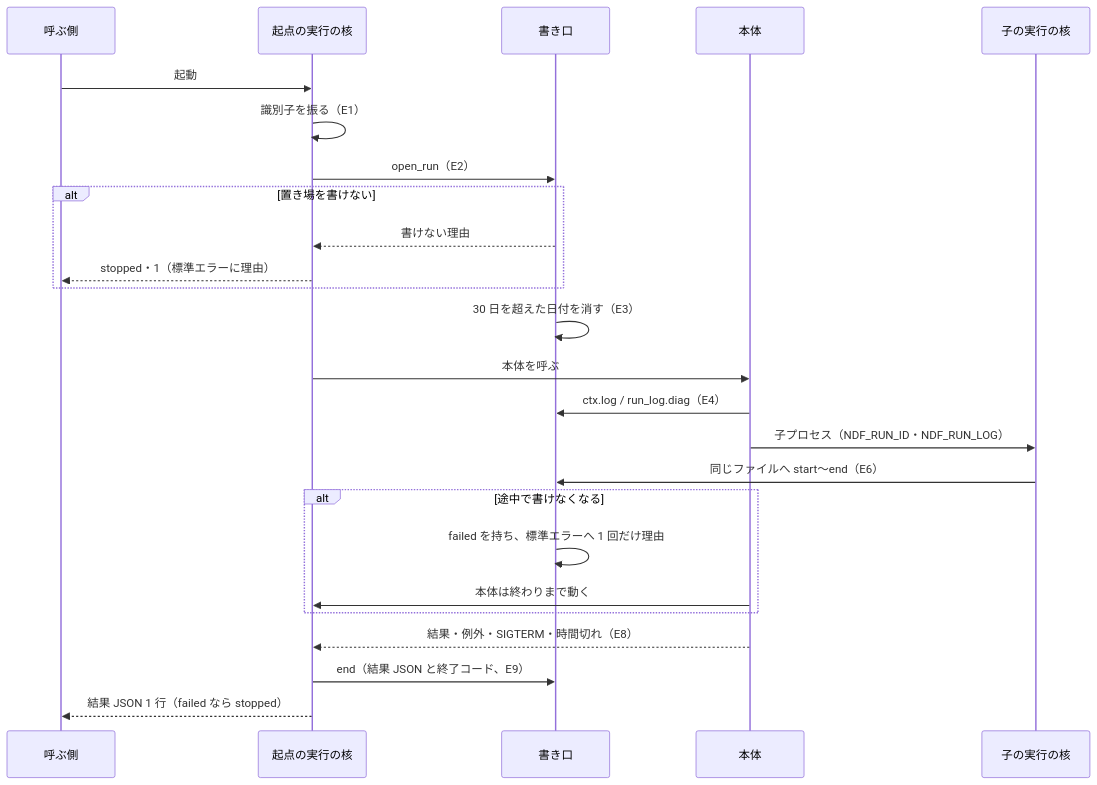
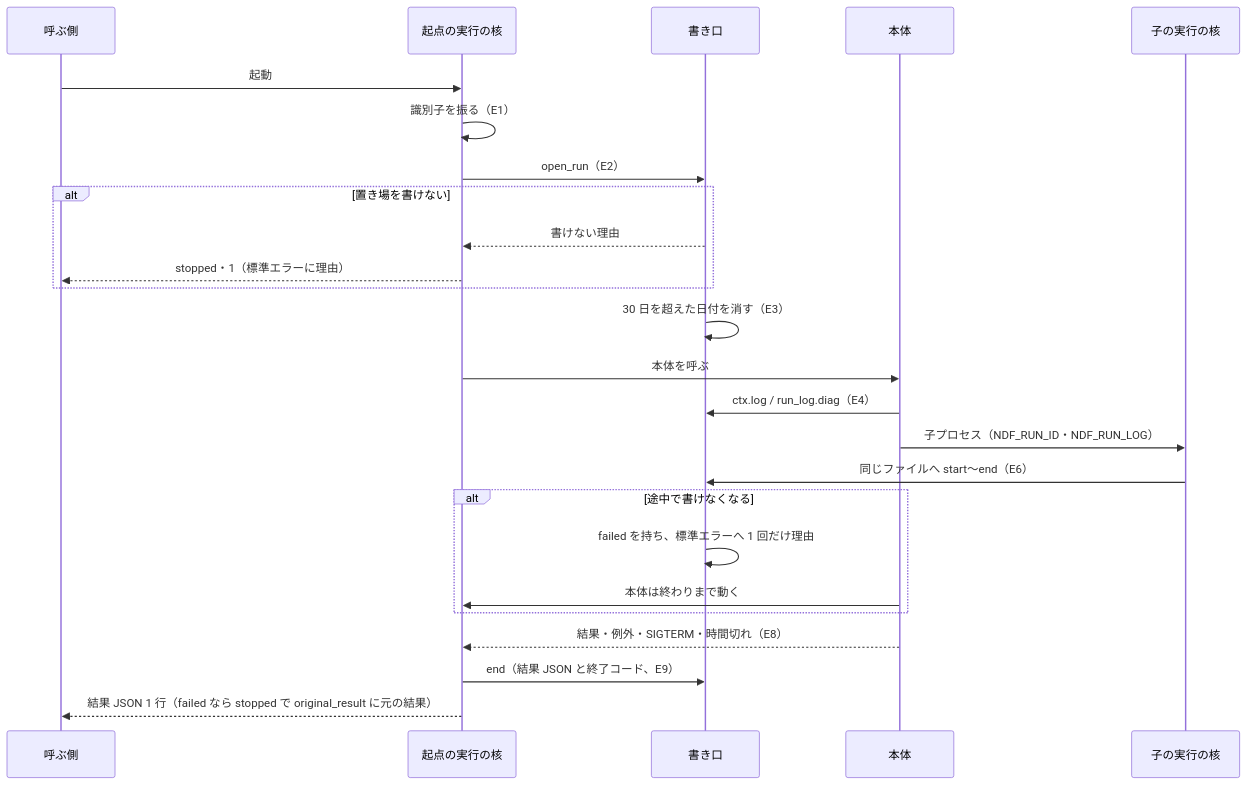
The fourth of 5 diagrams in issues/issue-2338-design.md (devbasex/ai-plugins), drawn with Mermaid before and after one commit. The commit also changed other lines of this file and 1 other file, not shown here.

````diff
--- a/issues/issue-2338-design.md
+++ b/issues/issue-2338-design.md
@@ -307,27 +309,27 @@
 ```mermaid
 sequenceDiagram
     participant C as 呼ぶ側
     participant K as 起点の実行の核
     participant W as 書き口
     participant B as 本体
     participant S as 子の実行の核
     C->>K: 起動
     K->>K: 識別子を振る（E1）
     K->>W: open_run（E2）
     alt 置き場を書けない
         W-->>K: 書けない理由
         K-->>C: stopped・1（標準エラーに理由）
     end
     W->>W: 30 日を超えた日付を消す（E3）
     K->>B: 本体を呼ぶ
     B->>W: ctx.log / run_log.diag（E4）
     B->>S: 子プロセス（NDF_RUN_ID・NDF_RUN_LOG）
     S->>W: 同じファイルへ start〜end（E6）
     alt 途中で書けなくなる
         W->>W: failed を持ち、標準エラーへ 1 回だけ理由
         B->>K: 本体は終わりまで動く
     end
     B-->>K: 結果・例外・SIGTERM・時間切れ（E8）
     K->>W: end（結果 JSON と終了コード、E9）
-    K-->>C: 結果 JSON 1 行（failed なら stopped）
+    K-->>C: 結果 JSON 1 行（failed なら stopped で original_result に元の結果）
 ```
````
